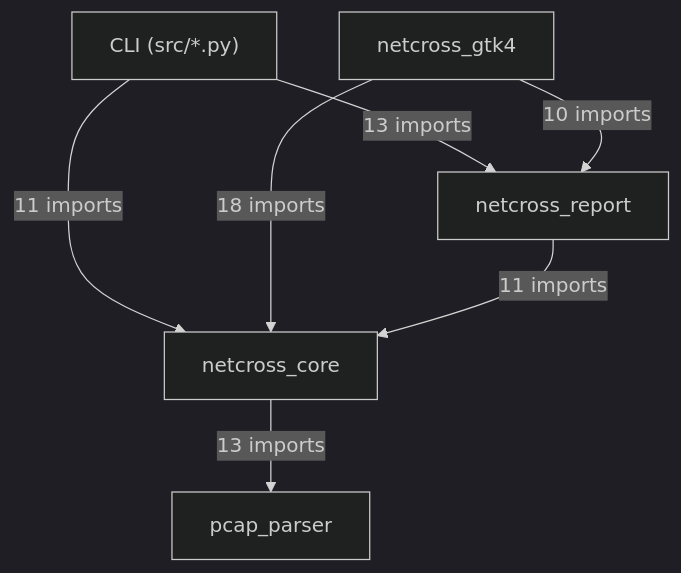
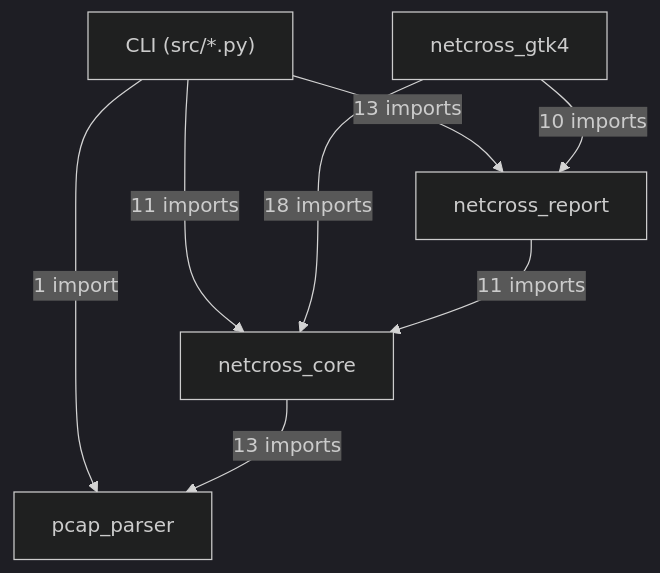
The first of 11 diagrams in docs/class-diagram.md (MathildeDec/Netcross), drawn with Mermaid (dark theme) before and after one commit. The commit also changed other lines of this file and 6 other files, not shown here.

````diff
--- a/docs/class-diagram.md
+++ b/docs/class-diagram.md
@@ -26,14 +26,15 @@
 ```mermaid
 flowchart TD
     CLI["CLI (src/*.py)"]
     netcross_gtk4["netcross_gtk4"]
     netcross_report["netcross_report"]
     netcross_core["netcross_core"]
     pcap_parser["pcap_parser"]
     CLI -->|"13 imports"| netcross_report
     CLI -->|"11 imports"| netcross_core
+    CLI -->|"1 import"| pcap_parser
     netcross_gtk4 -->|"10 imports"| netcross_report
     netcross_gtk4 -->|"18 imports"| netcross_core
     netcross_report -->|"11 imports"| netcross_core
     netcross_core -->|"13 imports"| pcap_parser
 ```
````
